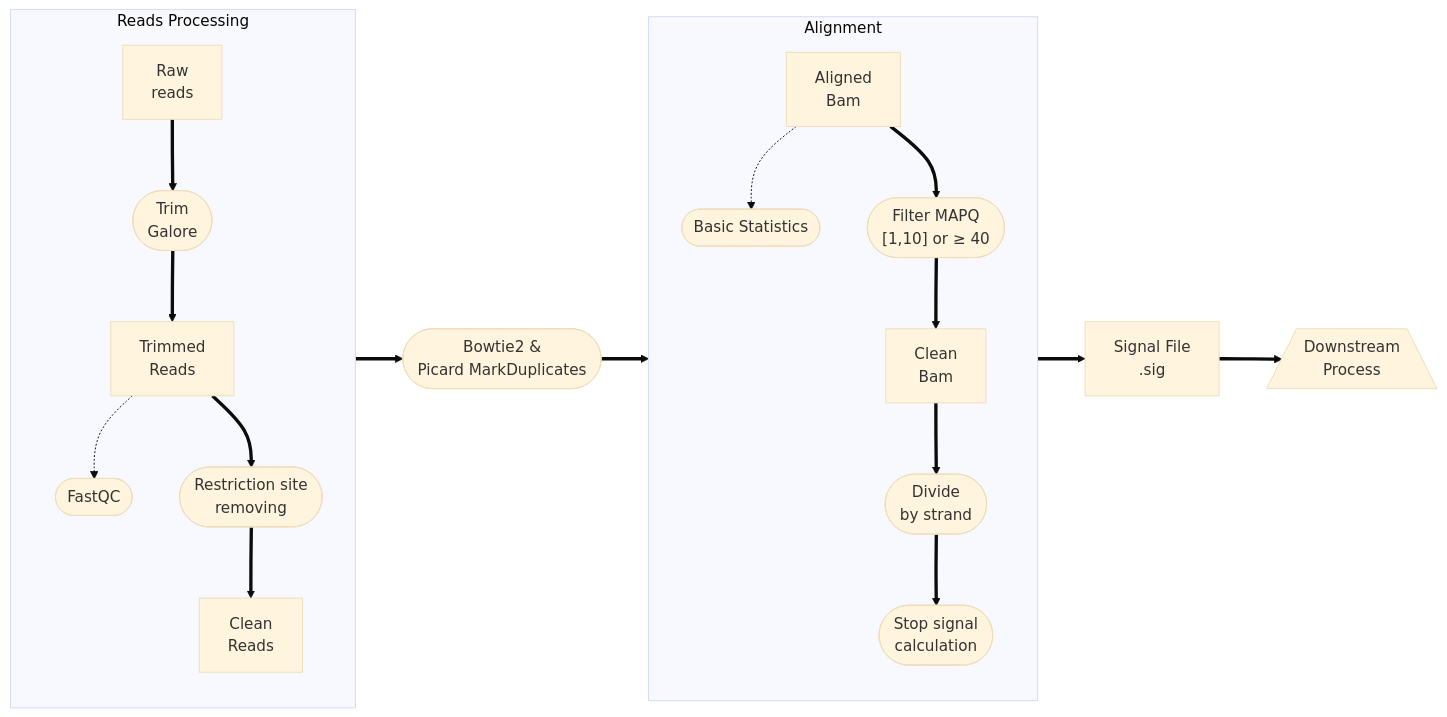
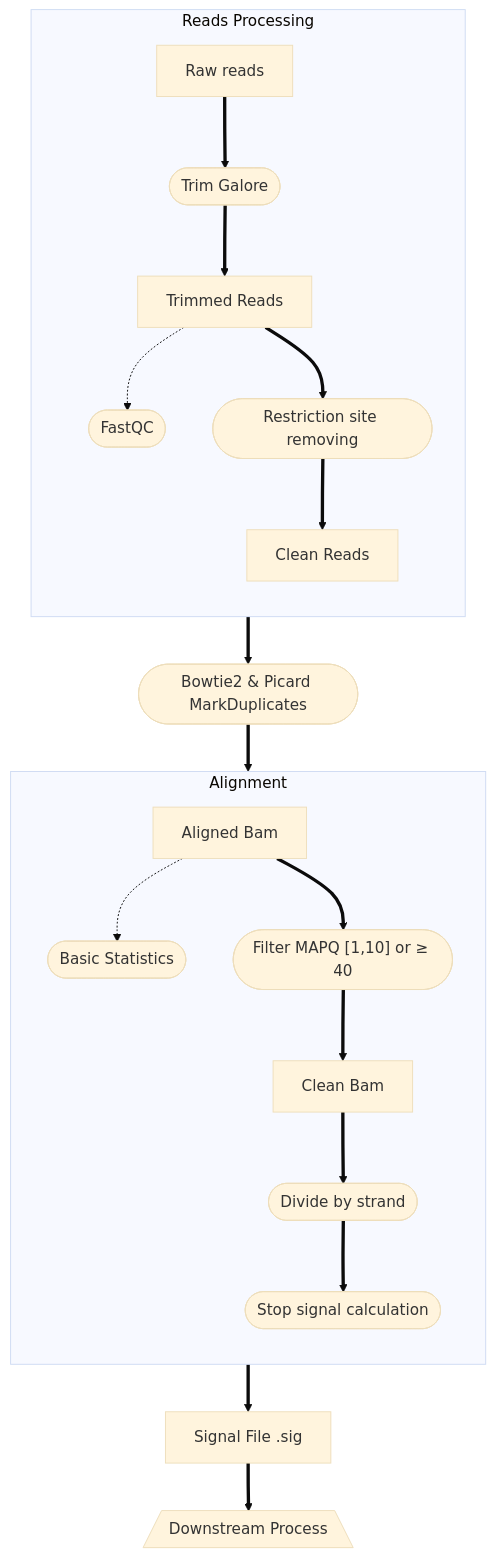
One commit to Wubeizhongxinghua/Pt-seq changed the first of 2 diagrams in README.md. Above: the diagram before and after it, drawn with Mermaid (base theme).

Commit message:
update readme: add flowchart

````diff
--- a/README.md
+++ b/README.md
@@ -13,57 +13,44 @@
 ```mermaid
-flowchart LR
-rawreads["Raw 
-				reads"]
-trim_galore(["Trim 
-					Galore"])
-trimreads["Trimmed 
-					Reads"]
+flowchart TD
+rawreads["Raw reads"]
+trim_galore(["Trim Galore"])
+trimreads["Trimmed Reads"]
 fastqc(["FastQC"])
-siterm(["Restriction site 
-		removing"])
-cleanreads["Clean 
-					Reads"]
-align(["Bowtie2 & 
-			Picard MarkDuplicates"])
-bam["Aligned 
-			Bam"]
+siterm(["Restriction site removing"])
+cleanreads["Clean Reads"]
+align(["Bowtie2 & Picard MarkDuplicates"])
+bam["Aligned Bam"]
 stats(["Basic Statistics"])
-mapq(["Filter MAPQ
-		[1,10] or ≥ 40"])
-cleanbam["Clean 
-				Bam"]
-process1(["Divide 
-				by strand"])
-process2(["Stop signal 
-				calculation"])
-sig["Signal File 
-			.sig"]
-down[/"Downstream 
-			Process"\]
+mapq(["Filter MAPQ [1,10] or ≥ 40"])
+cleanbam["Clean Bam"]
+process1(["Divide by strand"])
+process2(["Stop signal calculation"])
+sig["Signal File .sig"]
+down[/"Downstream Process"\]
 
     subgraph Reads Processing
         direction TB
         rawreads ==> trim_galore
         trim_galore ==> trimreads
         trimreads -.-> fastqc
         trimreads ==> siterm
         siterm ==> cleanreads
     end
 
     cleanreads ==> align
     align ==> bam
 
     subgraph Alignment
         direction TB
         bam -.-> stats
         bam ==> mapq
         mapq ==> cleanbam
         cleanbam ==> process1
         process1 ==> process2
         
     end
 		
     process2 ==> sig
     sig ==> down
     
 ```
````
